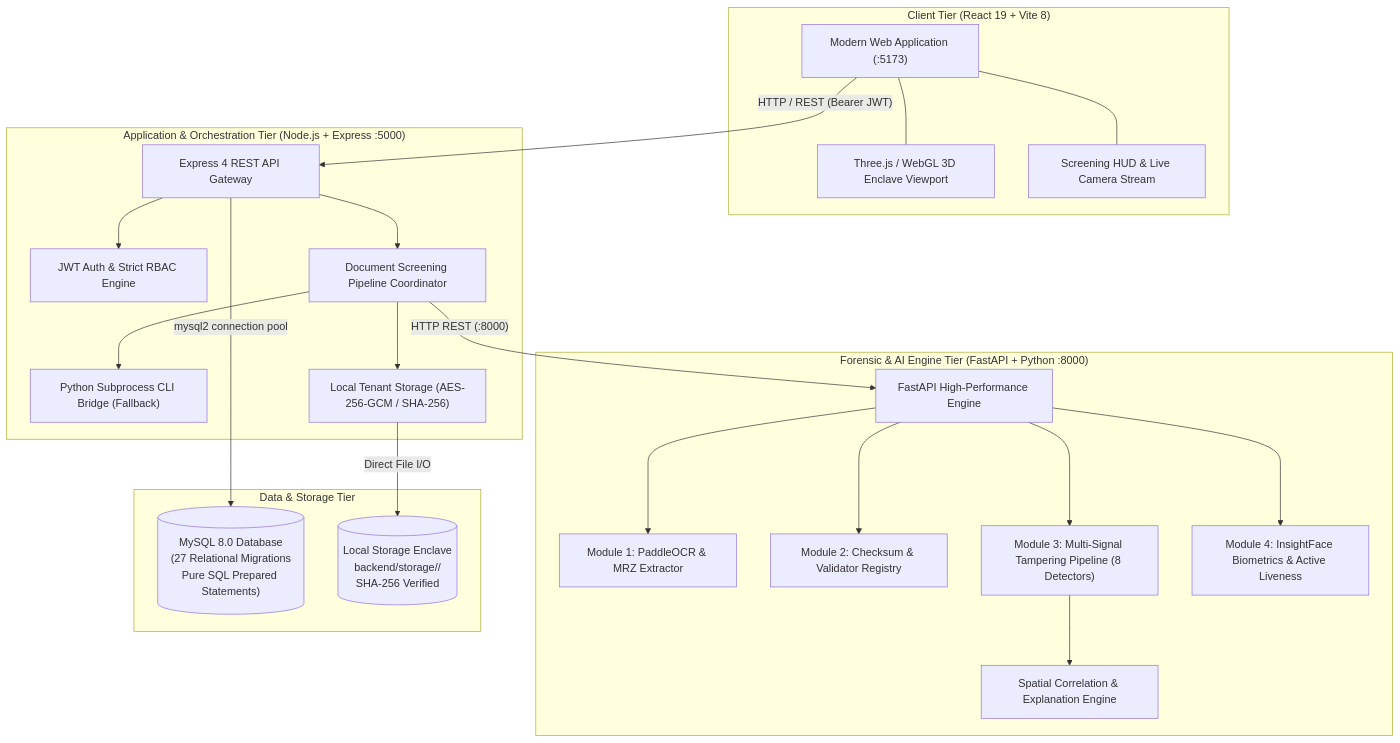
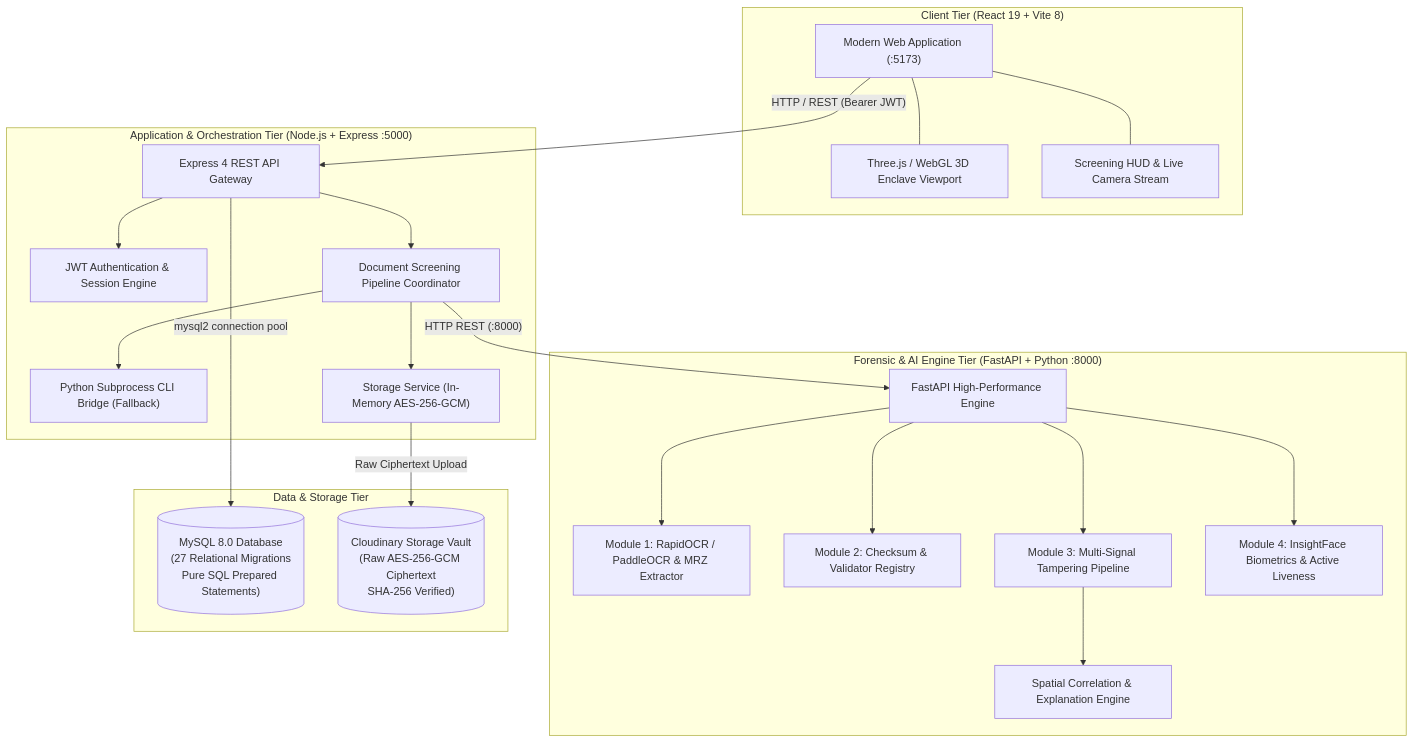
Before and after one commit to DhruvilTech/DocShield-AI: the first of 3 diagrams in README.md, drawn with Mermaid. The commit also changed other lines of this file and 2 other files, not shown here.

Commit message:
docs: update architecture for Cloudinary encryption, remove RBAC, and secure config

````diff
--- a/README.md
+++ b/README.md
@@ -224,48 +245,48 @@
 ```mermaid
 flowchart TB
     subgraph ClientTier["Client Tier (React 19 + Vite 8)"]
         UI["Modern Web Application (:5173)"]
         R3F["Three.js / WebGL 3D Enclave Viewport"]
         HUD["Screening HUD & Live Camera Stream"]
         UI --- R3F
         UI --- HUD
     end
 
     subgraph BackendTier["Application & Orchestration Tier (Node.js + Express :5000)"]
         API["Express 4 REST API Gateway"]
-        Auth["JWT Auth & Strict RBAC Engine"]
+        Auth["JWT Authentication & Session Engine"]
         Orch["Document Screening Pipeline Coordinator"]
         Bridge["Python Subprocess CLI Bridge (Fallback)"]
-        Vault["Local Tenant Storage (AES-256-GCM / SHA-256)"]
+        Vault["Storage Service (In-Memory AES-256-GCM)"]
         
         API --> Auth
         API --> Orch
         Orch --> Bridge
         Orch --> Vault
     end
 
     subgraph AITier["Forensic & AI Engine Tier (FastAPI + Python :8000)"]
         FastAPI["FastAPI High-Performance Engine"]
-        M1["Module 1: PaddleOCR & MRZ Extractor"]
+        M1["Module 1: RapidOCR / PaddleOCR & MRZ Extractor"]
         M2["Module 2: Checksum & Validator Registry"]
-        M3["Module 3: Multi-Signal Tampering Pipeline (8 Detectors)"]
+        M3["Module 3: Multi-Signal Tampering Pipeline"]
         M4["Module 4: InsightFace Biometrics & Active Liveness"]
         Fusion["Spatial Correlation & Explanation Engine"]
         
         FastAPI --> M1
         FastAPI --> M2
         FastAPI --> M3
         FastAPI --> M4
         M3 --> Fusion
     end
 
     subgraph DataTier["Data & Storage Tier"]
         MySQL[("MySQL 8.0 Database\n(27 Relational Migrations\nPure SQL Prepared Statements)")]
-        Disk[("Local Storage Enclave\nbackend/storage/<orgId>/<fileId>\nSHA-256 Verified")]
+        Cloudinary[("Cloudinary Storage Vault\n(Raw AES-256-GCM Ciphertext\nSHA-256 Verified)")]
     end
 
     UI -->|"HTTP / REST (Bearer JWT)"| API
     Orch -->|"HTTP REST (:8000)"| FastAPI
     API -->|"mysql2 connection pool"| MySQL
-    Vault -->|"Direct File I/O"| Disk
+    Vault -->|"Raw Ciphertext Upload"| Cloudinary
 ```
````
